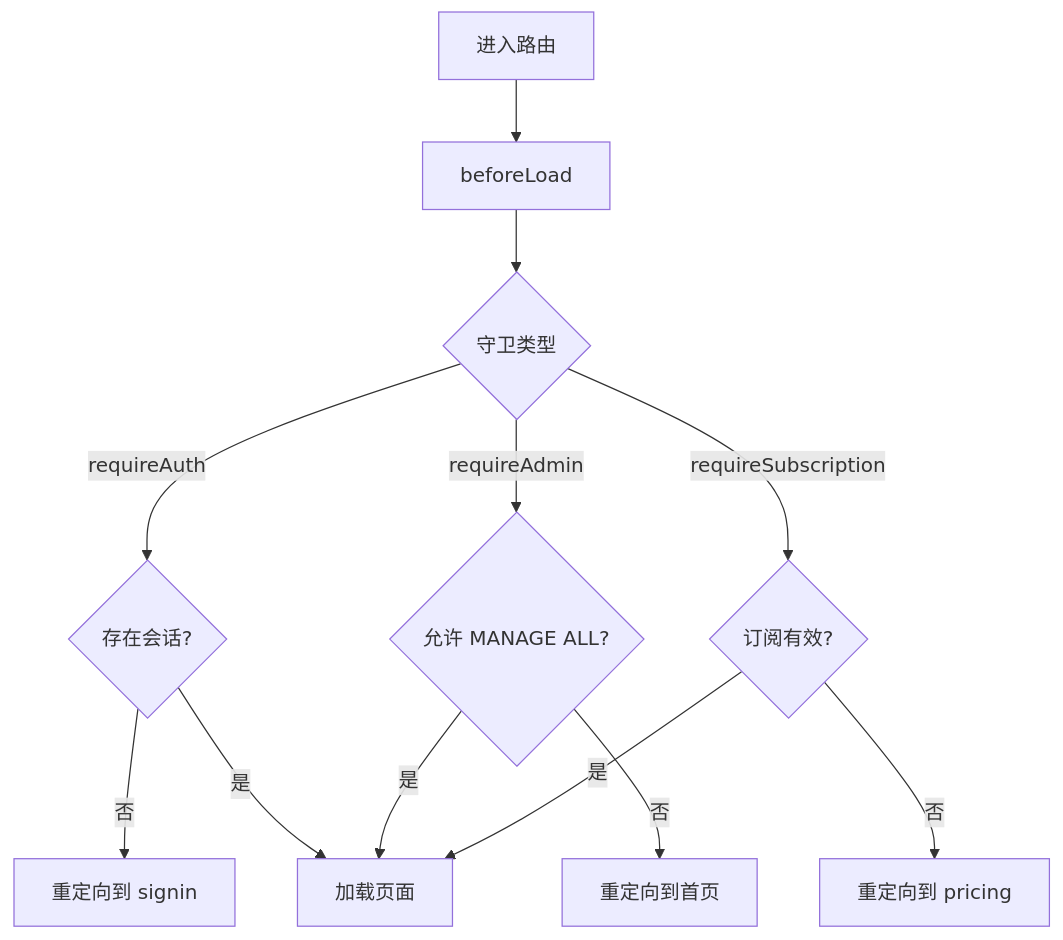
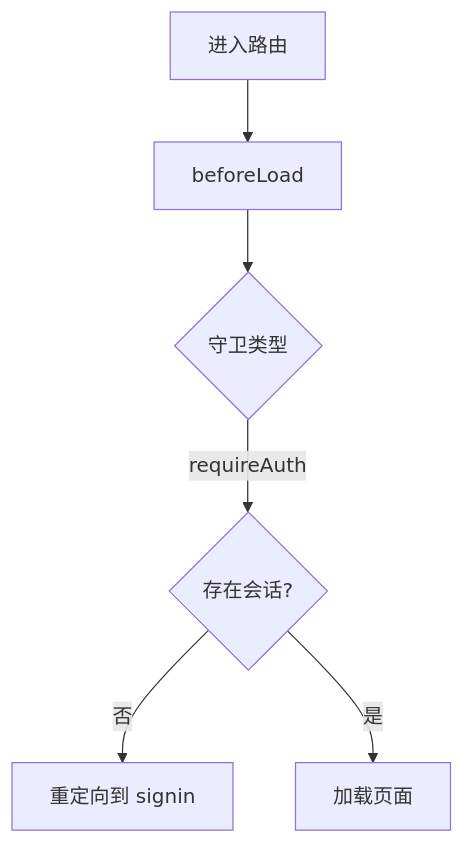
The diagram in docs/stable/designs/auth-middleware.md (ziyu/vibechat), drawn with Mermaid before and after one commit. The commit also changed other lines of this file and 231 other files, not shown here.

````diff
--- a/docs/stable/designs/auth-middleware.md
+++ b/docs/stable/designs/auth-middleware.md
@@ -25,14 +25,8 @@
 ```mermaid
 flowchart TD
   A[进入路由] --> B[beforeLoad]
   B --> C{守卫类型}
   C -->|requireAuth| D{存在会话?}
-  C -->|requireAdmin| E{允许 MANAGE ALL?}
-  C -->|requireSubscription| F{订阅有效?}
   D -->|否| G[重定向到 signin]
-  E -->|否| H[重定向到首页]
-  F -->|否| I[重定向到 pricing]
   D -->|是| J[加载页面]
-  E -->|是| J
-  F -->|是| J
 ```
````
